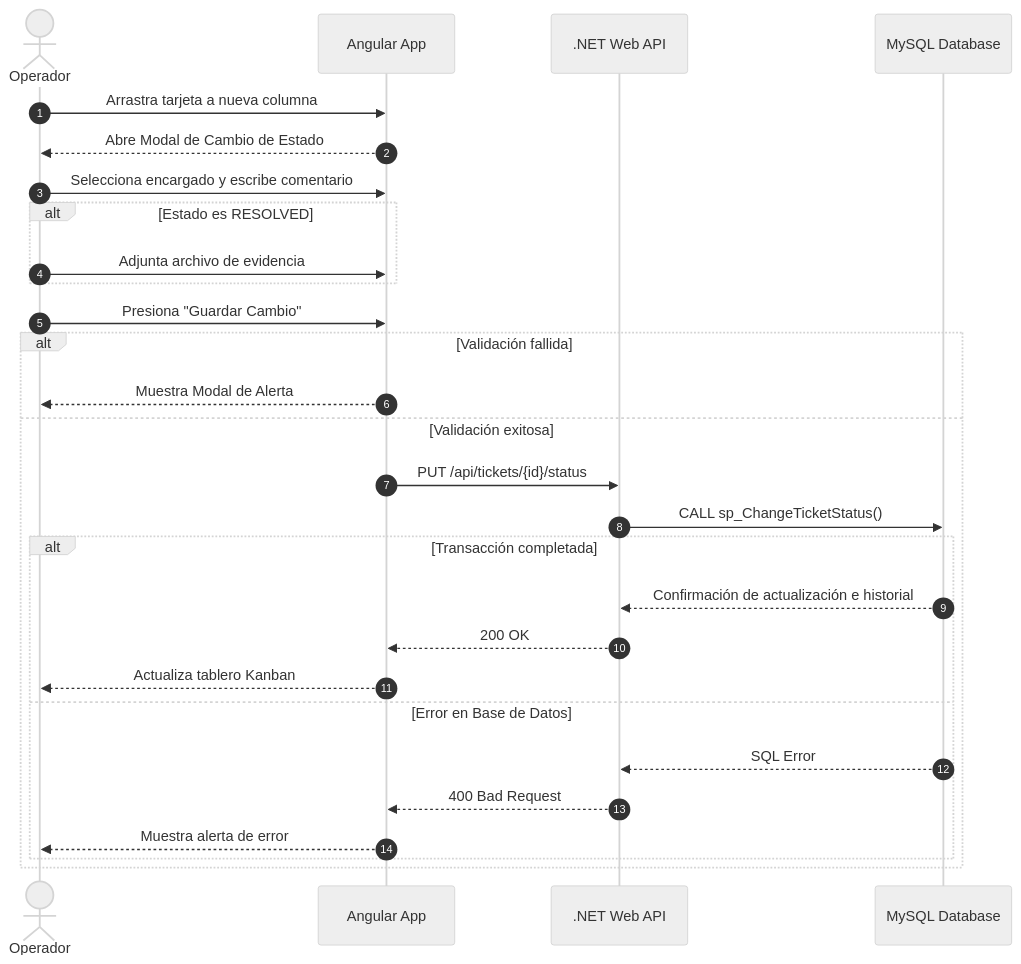
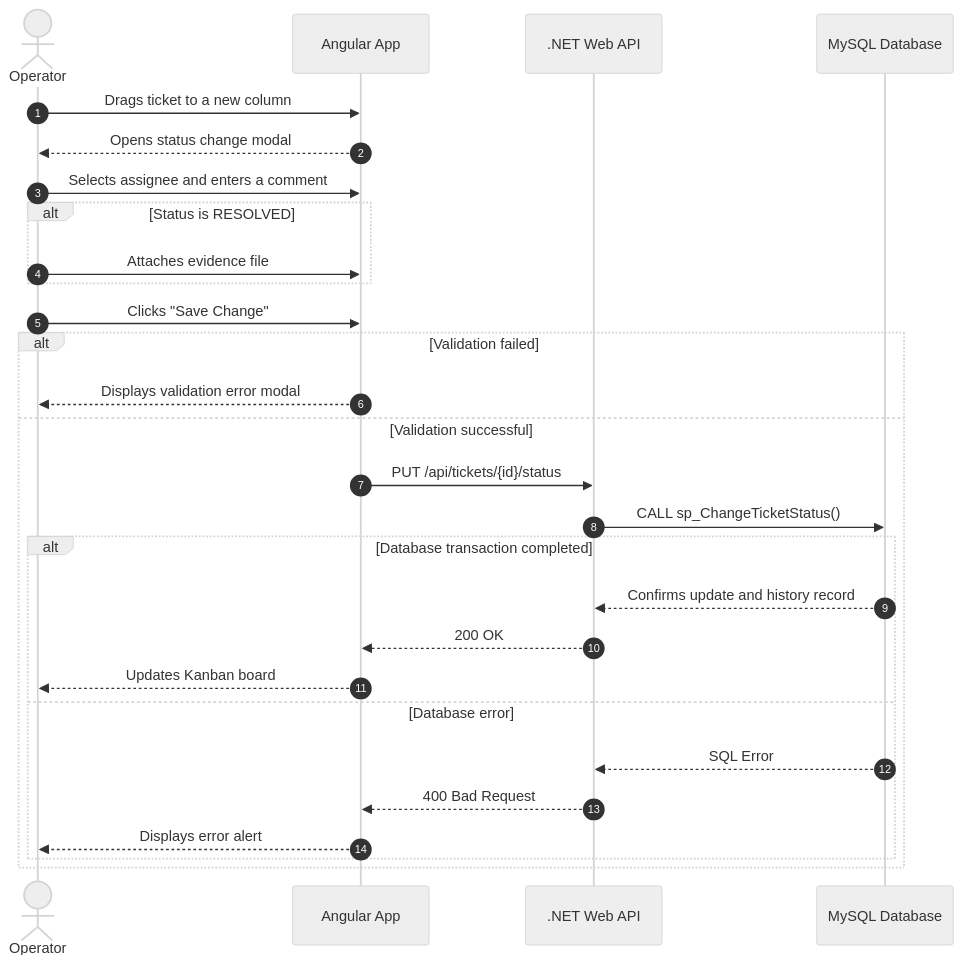
One commit to Pablopiblo13/Fractal-Ticket-Control changed the third of 4 diagrams in README.md. Above: the diagram before and after it, drawn with Mermaid (neutral theme). The commit also changed other lines of this file, not shown here.

````diff
--- a/README.md
+++ b/README.md
@@ -161,40 +161,40 @@
 ```mermaid
 sequenceDiagram
 
     autonumber
 
-    actor Operador
+    actor Operator
     participant Frontend as Angular App
     participant API as .NET Web API
     participant DB as MySQL Database
 
-    Operador->>Frontend: Arrastra tarjeta a nueva columna
-    Frontend-->>Operador: Abre Modal de Cambio de Estado
+    Operator->>Frontend: Drags ticket to a new column
+    Frontend-->>Operator: Opens status change modal
 
-    Operador->>Frontend: Selecciona encargado y escribe comentario
+    Operator->>Frontend: Selects assignee and enters a comment
 
-    alt Estado es RESOLVED
-        Operador->>Frontend: Adjunta archivo de evidencia
+    alt Status is RESOLVED
+        Operator->>Frontend: Attaches evidence file
     end
 
-    Operador->>Frontend: Presiona "Guardar Cambio"
+    Operator->>Frontend: Clicks "Save Change"
 
-    alt Validación fallida
-        Frontend-->>Operador: Muestra Modal de Alerta
-    else Validación exitosa
+    alt Validation failed
+        Frontend-->>Operator: Displays validation error modal
+    else Validation successful
 
         Frontend->>API: PUT /api/tickets/{id}/status
         API->>DB: CALL sp_ChangeTicketStatus()
 
-        alt Transacción completada
-            DB-->>API: Confirmación de actualización e historial
+        alt Database transaction completed
+            DB-->>API: Confirms update and history record
             API-->>Frontend: 200 OK
-            Frontend-->>Operador: Actualiza tablero Kanban
-        else Error en Base de Datos
+            Frontend-->>Operator: Updates Kanban board
+        else Database error
             DB-->>API: SQL Error
             API-->>Frontend: 400 Bad Request
-            Frontend-->>Operador: Muestra alerta de error
+            Frontend-->>Operator: Displays error alert
         end
 
     end
 ```
````
